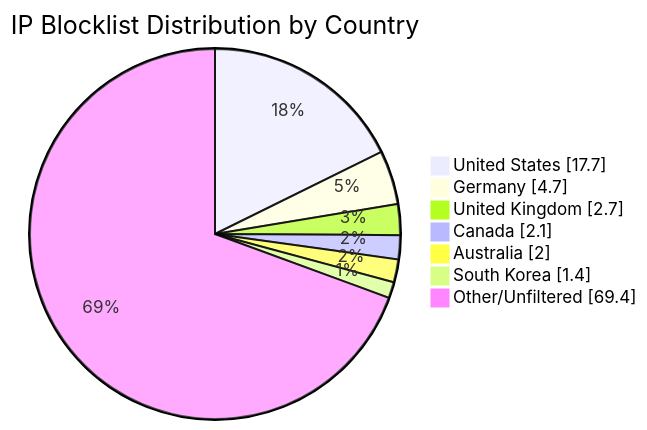
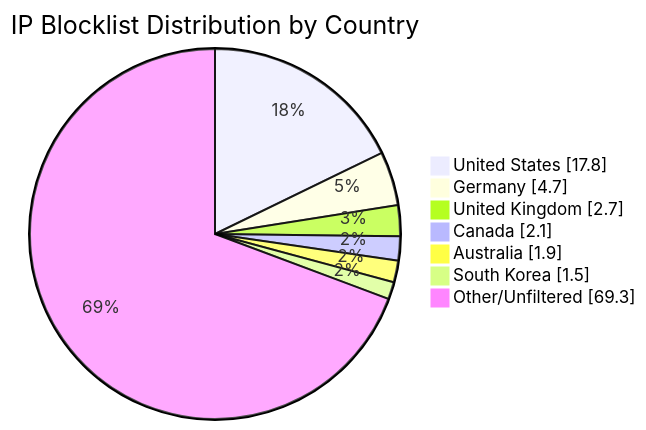
One commit to MarcusHoltz/ipblocklist-geofiltered-aggregator changed the diagram in README.md. Above: the diagram before and after it, drawn with Mermaid. The commit also changed other lines of this file and 9 other files, not shown here.

````diff
--- a/README.md
+++ b/README.md
@@ -34,10 +34,10 @@
 ```mermaid
 pie showData title IP Blocklist Distribution by Country
-"United States" : 17.7
+"United States" : 17.8
 "Germany" : 4.7
 "United Kingdom" : 2.7
 "Canada" : 2.1
-"Australia" : 2.0
-"South Korea" : 1.4
-"Other/Unfiltered" : 69.4
+"Australia" : 1.9
+"South Korea" : 1.5
+"Other/Unfiltered" : 69.3
 ```
````
